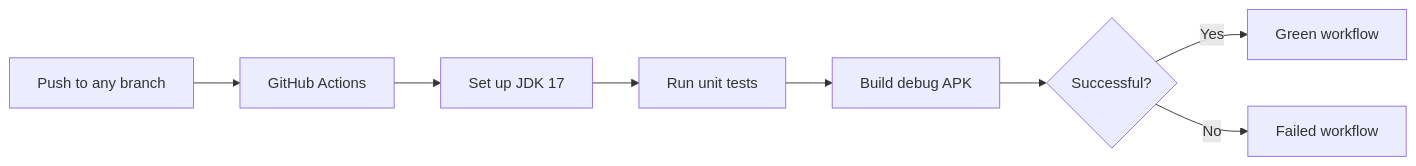
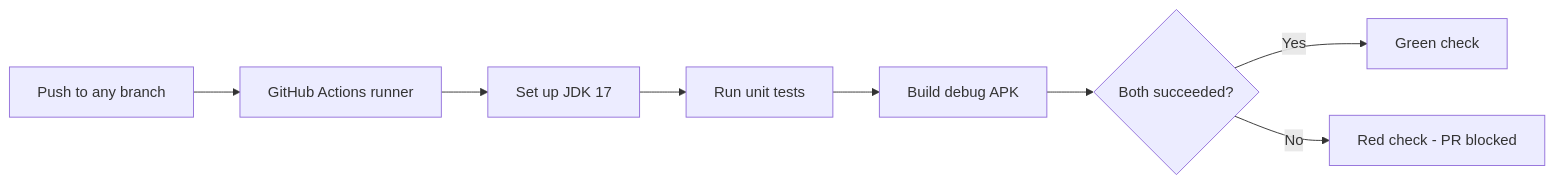
The third of 3 diagrams in README.md (SiddiqMalik/WhatIf-Portfolio-Simulator-Group), drawn with Mermaid before and after one commit. The commit also changed other lines of this file, not shown here.

````diff
--- a/README.md
+++ b/README.md
@@ -149,10 +123,10 @@
 ```mermaid
 flowchart LR
-    A[Push to any branch] --> B[GitHub Actions]
+    A[Push to any branch] --> B[GitHub Actions runner]
     B --> C[Set up JDK 17]
     C --> D[Run unit tests]
     D --> E[Build debug APK]
-    E --> F{Successful?}
-    F -->|Yes| G[Green workflow]
-    F -->|No| H[Failed workflow]
+    E --> F{Both succeeded?}
+    F -->|Yes| G[Green check]
+    F -->|No| H[Red check - PR blocked]
 ```
````
